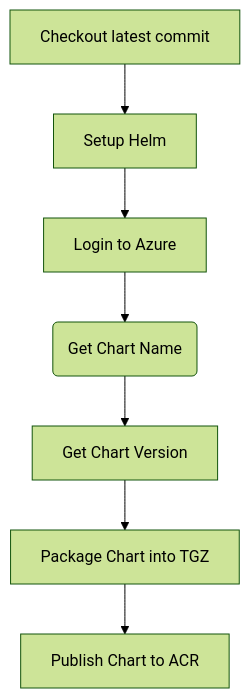
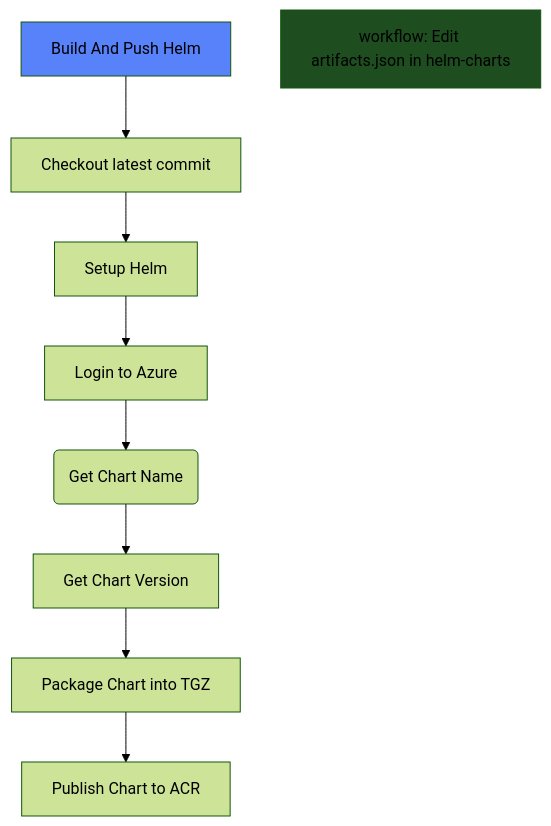
Before and after one commit to MapColonies/shared-workflows: the second of 5 diagrams in README.md, drawn with Mermaid (forest theme). The commit also changed other lines of this file, not shown here.

Commit message:
chore: use better colors

````diff
--- a/README.md
+++ b/README.md
@@ -34,9 +38,13 @@
 ```mermaid
 flowchart TD
-    A[Checkout latest commit] --> B[Setup Helm]
-    B --> C[Login to Azure]
-    C --> D(Get Chart Name)
-    D --> E[Get Chart Version]
-    E --> F[Package Chart into TGZ]
-    F --> G[Publish Chart to ACR]
+    classDef head fill:#5882FA
+    classDef workflow fill:#1E4E20
+    A[Build And Push Helm]:::head --> B[Checkout latest commit]
+    B --> C[Setup Helm]
+    C --> D[Login to Azure]
+    D --> E(Get Chart Name)
+    E --> F[Get Chart Version]
+    F --> G[Package Chart into TGZ]
+    G --> H[Publish Chart to ACR]
+    I[workflow: Edit artifacts.json in helm-charts]:::workflow
 ```
````
